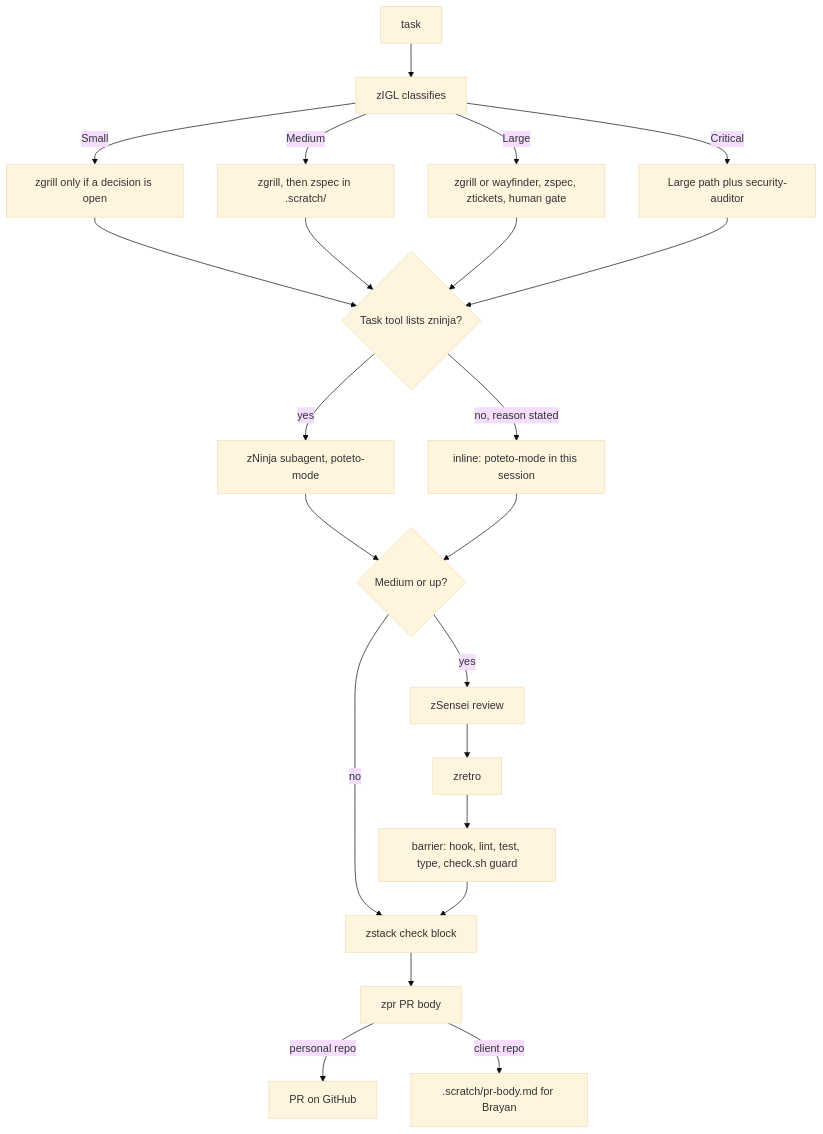
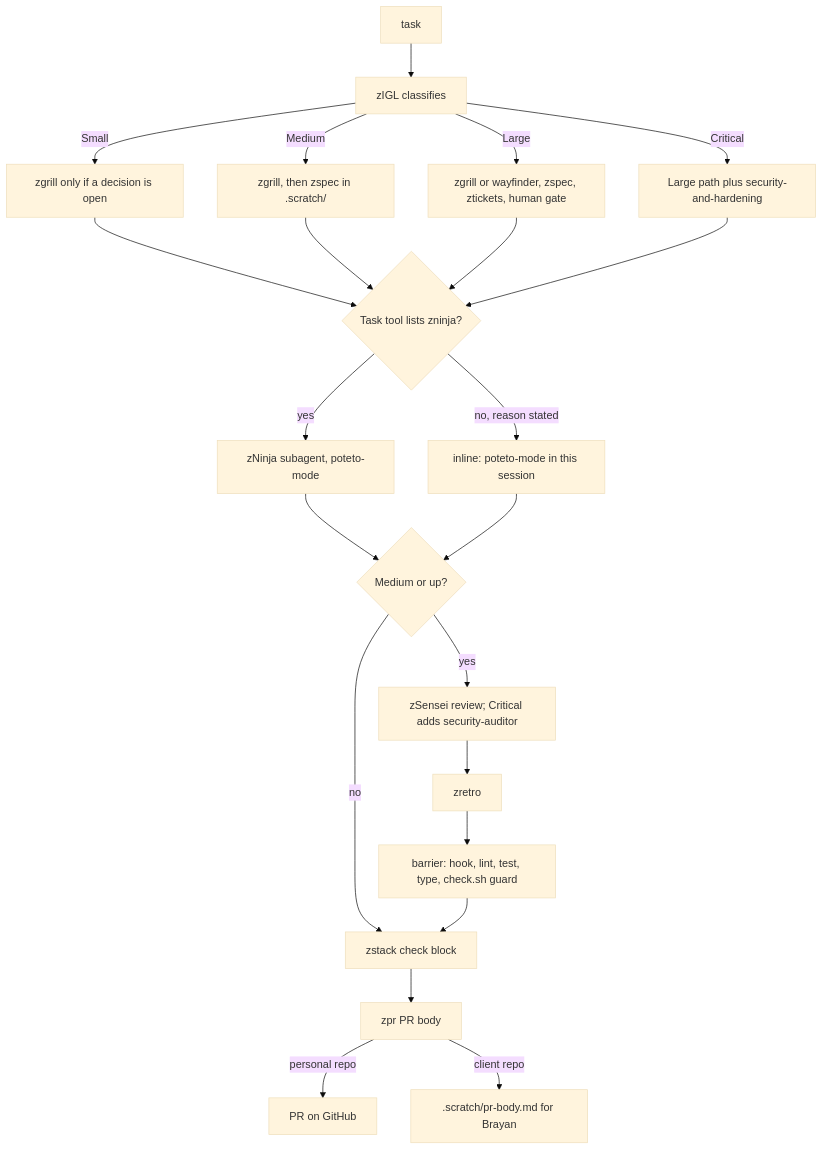
The second of 3 diagrams in docs/architecture.md (Byevenes/agent-workflow), drawn with Mermaid (base theme) before and after one commit.

Commit message:
docs(zstack): match Critical path to the skill

````diff
--- a/docs/architecture.md
+++ b/docs/architecture.md
@@ -34,20 +34,20 @@
 ```mermaid
 flowchart TD
   task[task] --> zigl[zIGL classifies]
   zigl -->|Small| s[zgrill only if a decision is open]
   zigl -->|Medium| m[zgrill, then zspec in .scratch/]
   zigl -->|Large| l[zgrill or wayfinder, zspec, ztickets, human gate]
-  zigl -->|Critical| c[Large path plus security-auditor]
+  zigl -->|Critical| c[Large path plus security-and-hardening]
   s & m & l & c --> impl{Task tool lists zninja?}
   impl -->|yes| zn[zNinja subagent, poteto-mode]
   impl -->|no, reason stated| inl[inline: poteto-mode in this session]
   zn & inl --> rev{Medium or up?}
-  rev -->|yes| zs[zSensei review]
+  rev -->|yes| zs[zSensei review; Critical adds security-auditor]
   rev -->|no| ck
   zs --> retro[zretro]
   retro --> bar[barrier: hook, lint, test, type, check.sh guard]
   bar --> ck[zstack check block]
   ck --> pr[zpr PR body]
   pr -->|personal repo| gh[PR on GitHub]
   pr -->|client repo| draft[.scratch/pr-body.md for Brayan]
 ```
````
